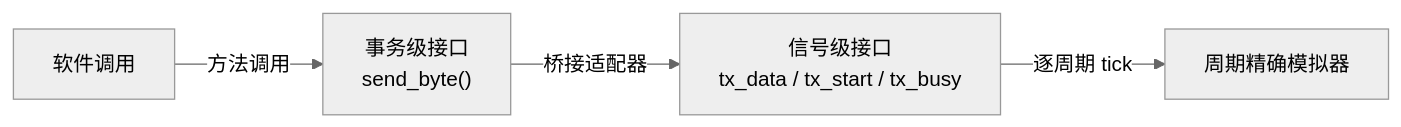
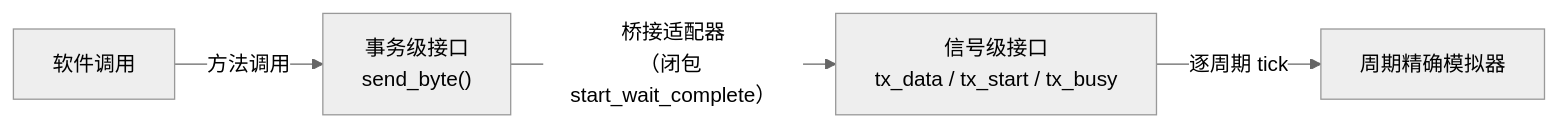
One commit to TangCan/bitloom changed diagram 14 of 18 in docs/requirements/4. 整体架构与工作流.md. Above: the diagram before and after it, drawn with Mermaid (neutral theme). The commit also changed other lines of this file and 17 other files, not shown here.

````diff
--- a/docs/requirements/4. 整体架构与工作流.md
+++ b/docs/requirements/4. 整体架构与工作流.md
@@ -372,7 +388,6 @@
 ```mermaid
 flowchart LR
     SW[软件调用] -->|方法调用| TLM["事务级接口<br>send_byte()"]
-    TLM -->|桥接适配器| RTL[信号级接口<br>tx_data / tx_start / tx_busy]
+    TLM -->|桥接适配器<br>（闭包 start_wait_complete）| RTL[信号级接口<br>tx_data / tx_start / tx_busy]
     RTL -->|逐周期 tick| HW[周期精确模拟器]
-
 ```
````
